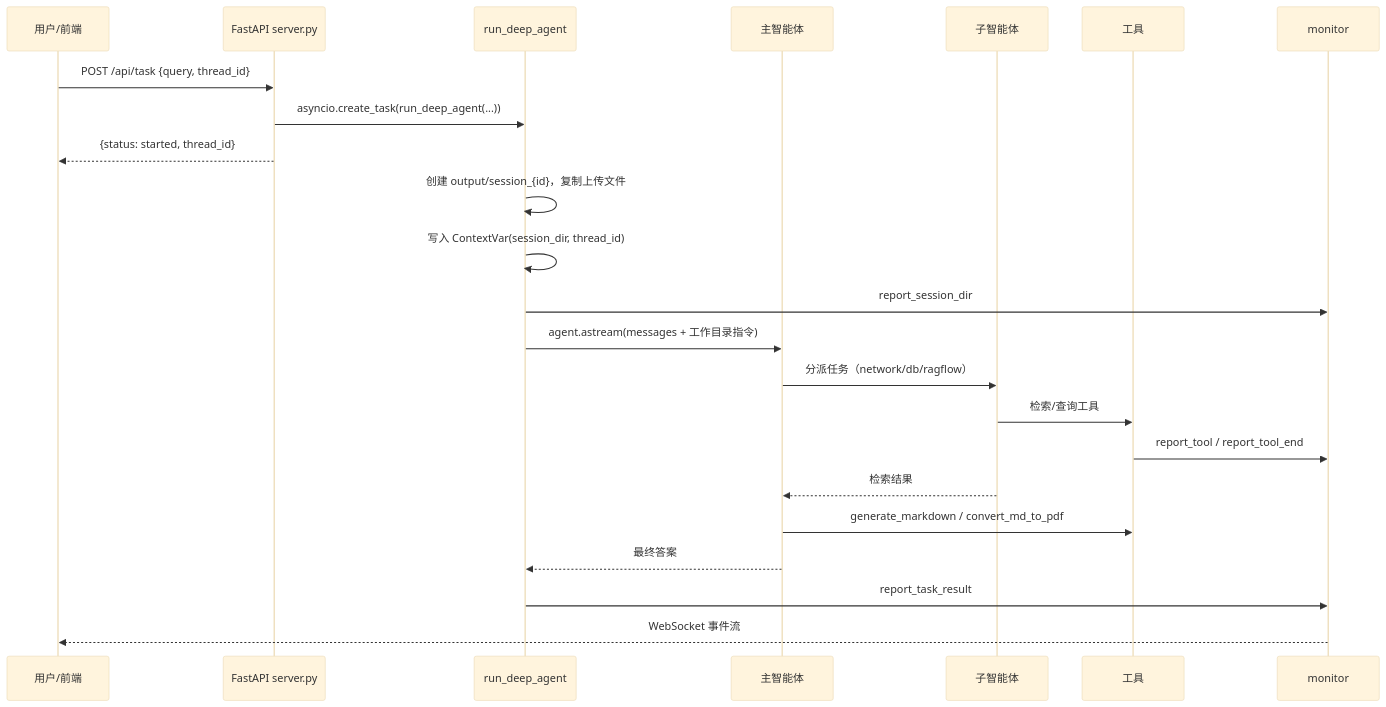
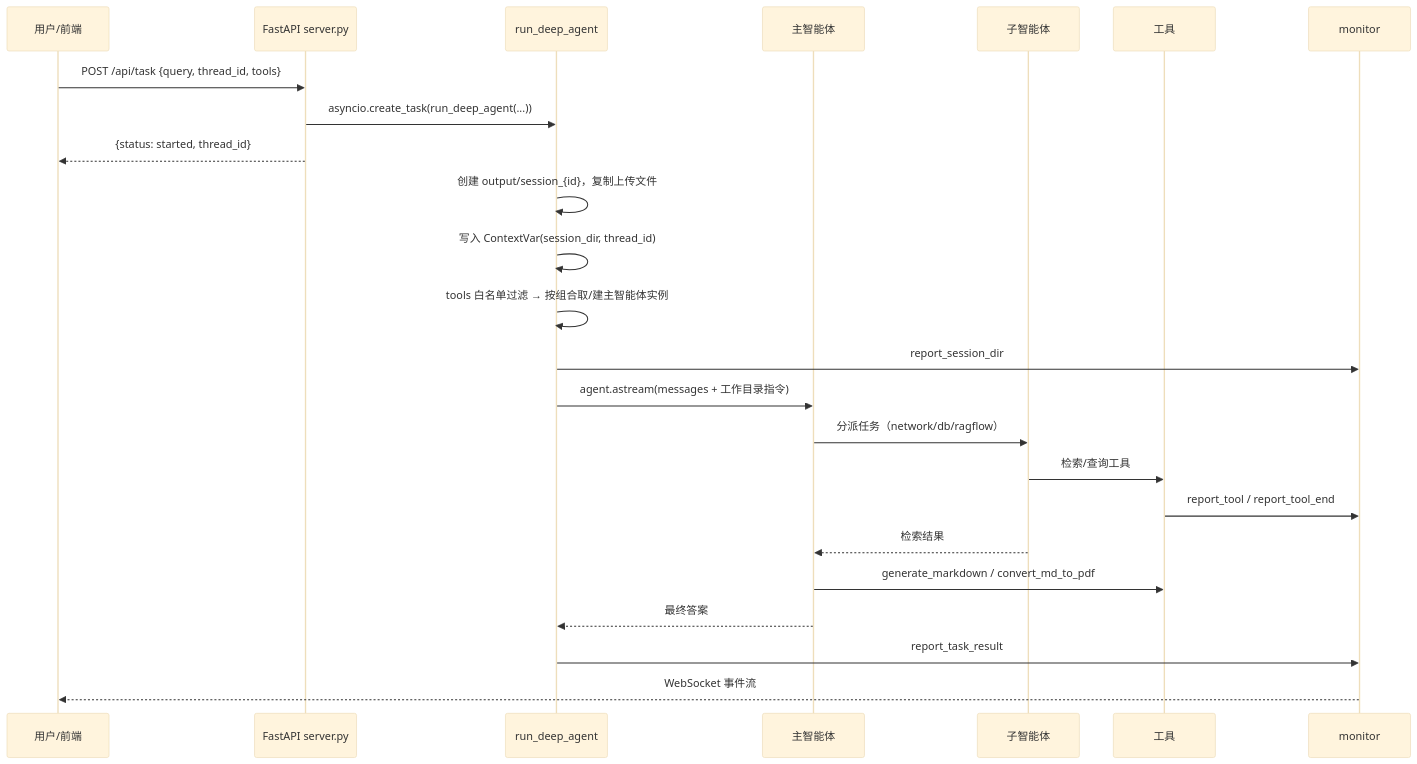
The second of 2 diagrams in docs/PROJECT_MEMORY.md (wjb412530/Orbit-Agent), drawn with Mermaid (base theme) before and after one commit. The commit also changed other lines of this file, not shown here.

````diff
--- a/docs/PROJECT_MEMORY.md
+++ b/docs/PROJECT_MEMORY.md
@@ -138,28 +143,29 @@
 ```mermaid
 sequenceDiagram
     participant U as 用户/前端
     participant API as FastAPI server.py
     participant RUN as run_deep_agent
     participant MA as 主智能体
     participant SUB as 子智能体
     participant TOOL as 工具
     participant WS as monitor
 
-    U->>API: POST /api/task {query, thread_id}
+    U->>API: POST /api/task {query, thread_id, tools}
     API->>RUN: asyncio.create_task(run_deep_agent(...))
     API-->>U: {status: started, thread_id}
 
     RUN->>RUN: 创建 output/session_{id}，复制上传文件
     RUN->>RUN: 写入 ContextVar(session_dir, thread_id)
+    RUN->>RUN: tools 白名单过滤 → 按组合取/建主智能体实例
     RUN->>WS: report_session_dir
     RUN->>MA: agent.astream(messages + 工作目录指令)
 
     MA->>SUB: 分派任务（network/db/ragflow）
     SUB->>TOOL: 检索/查询工具
     TOOL->>WS: report_tool / report_tool_end
     SUB-->>MA: 检索结果
     MA->>TOOL: generate_markdown / convert_md_to_pdf
     MA-->>RUN: 最终答案
     RUN->>WS: report_task_result
     WS-->>U: WebSocket 事件流
 ```
````
